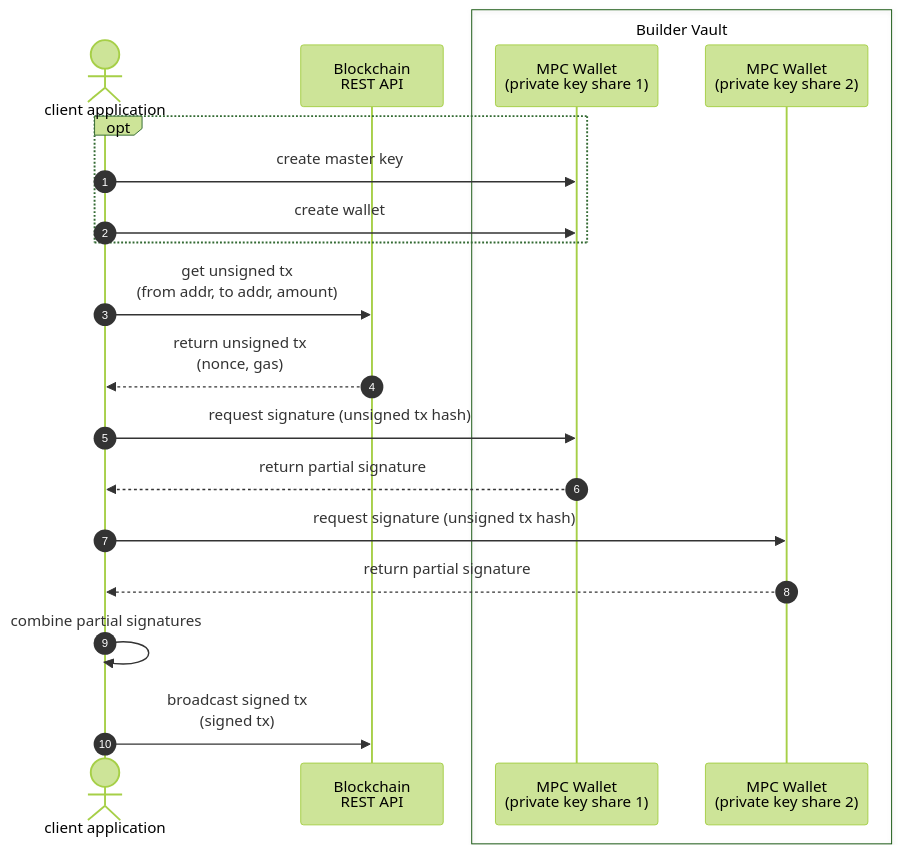
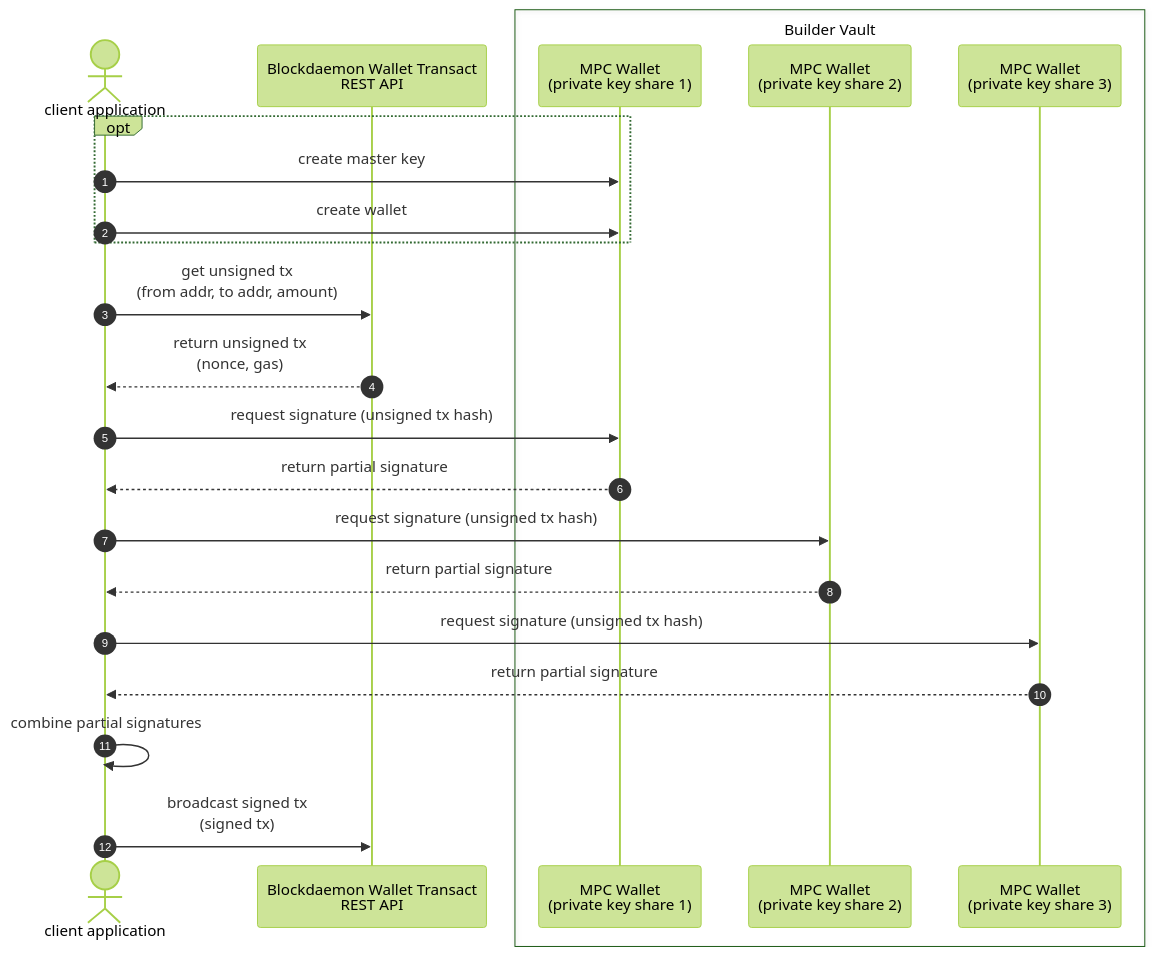
The diagram in README.md (Blockdaemon/demo-buildervault-wallettransact), drawn with Mermaid (forest theme) before and after one commit. The commit also changed other lines of this file and 6 other files, not shown here.

````diff
--- a/README.md
+++ b/README.md
@@ -4,25 +4,28 @@
 ```mermaid
 sequenceDiagram
     autonumber
     actor client as client application
-    participant Blockchain as Blockchain<br> REST API
+    participant Blockchain as Blockdaemon Wallet Transact<br> REST API
     box Builder Vault
       participant TSM1 as MPC Wallet <br>(private key share 1)
       participant TSM2 as MPC Wallet <br>(private key share 2)
+      participant TSM3 as MPC Wallet <br>(private key share 3)
     end
     #note over client,TSM2: Create wallet
     opt
       client ->> TSM1: create master key
       client ->> TSM1: create wallet 
     end
 
     #note over client,TSM2: Create transations
     client ->> Blockchain: get unsigned tx<br>(from addr, to addr, amount)
     Blockchain -->> client: return unsigned tx<br>(nonce, gas)
     client ->> TSM1: request signature (unsigned tx hash)
     TSM1 -->> client: return partial signature
     client ->> TSM2: request signature (unsigned tx hash)
     TSM2 -->> client: return partial signature
+    client ->> TSM3: request signature (unsigned tx hash)
+    TSM3 -->> client: return partial signature
     client ->> client: combine partial signatures
     client ->> Blockchain: broadcast signed tx<br>(signed tx)
 ```
````
